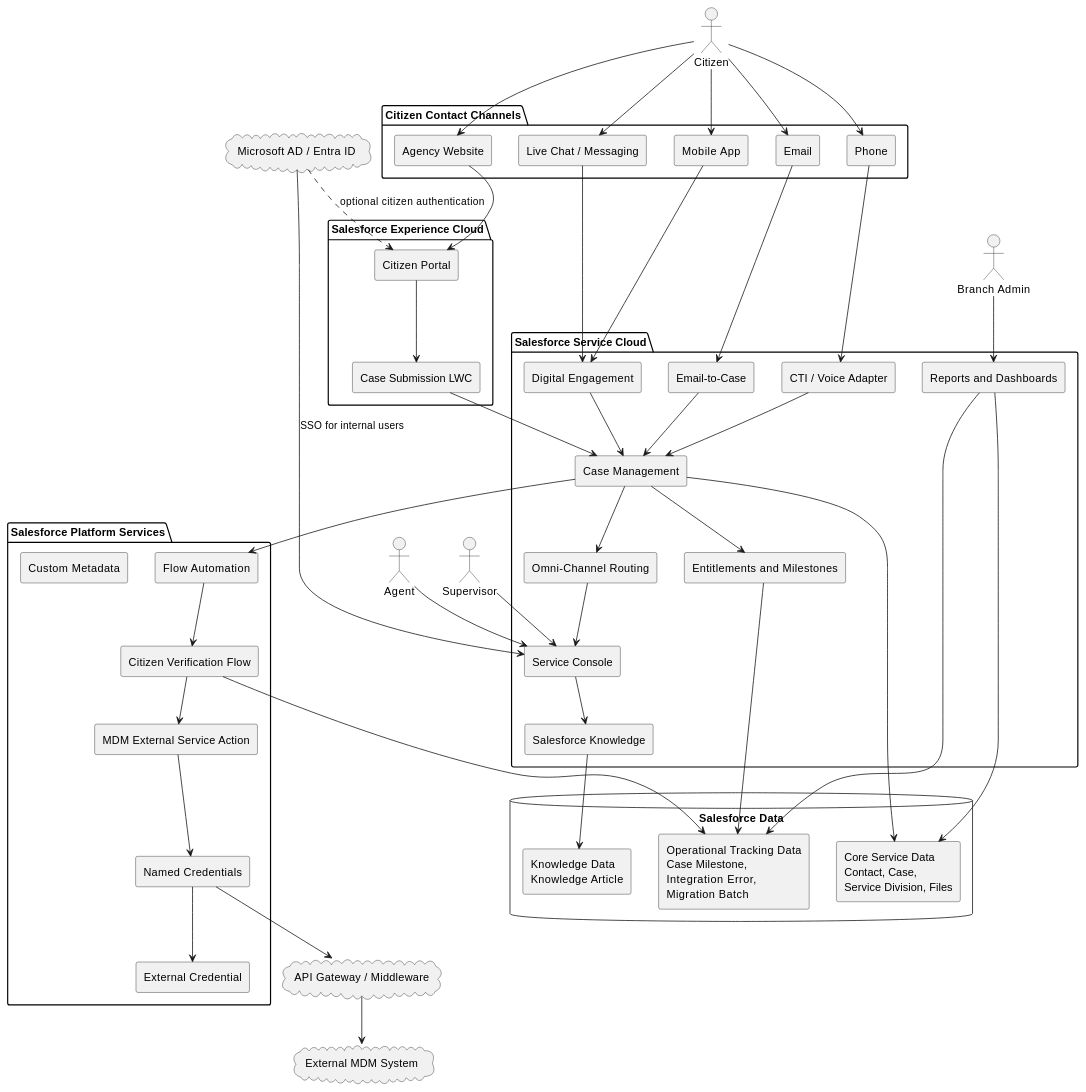
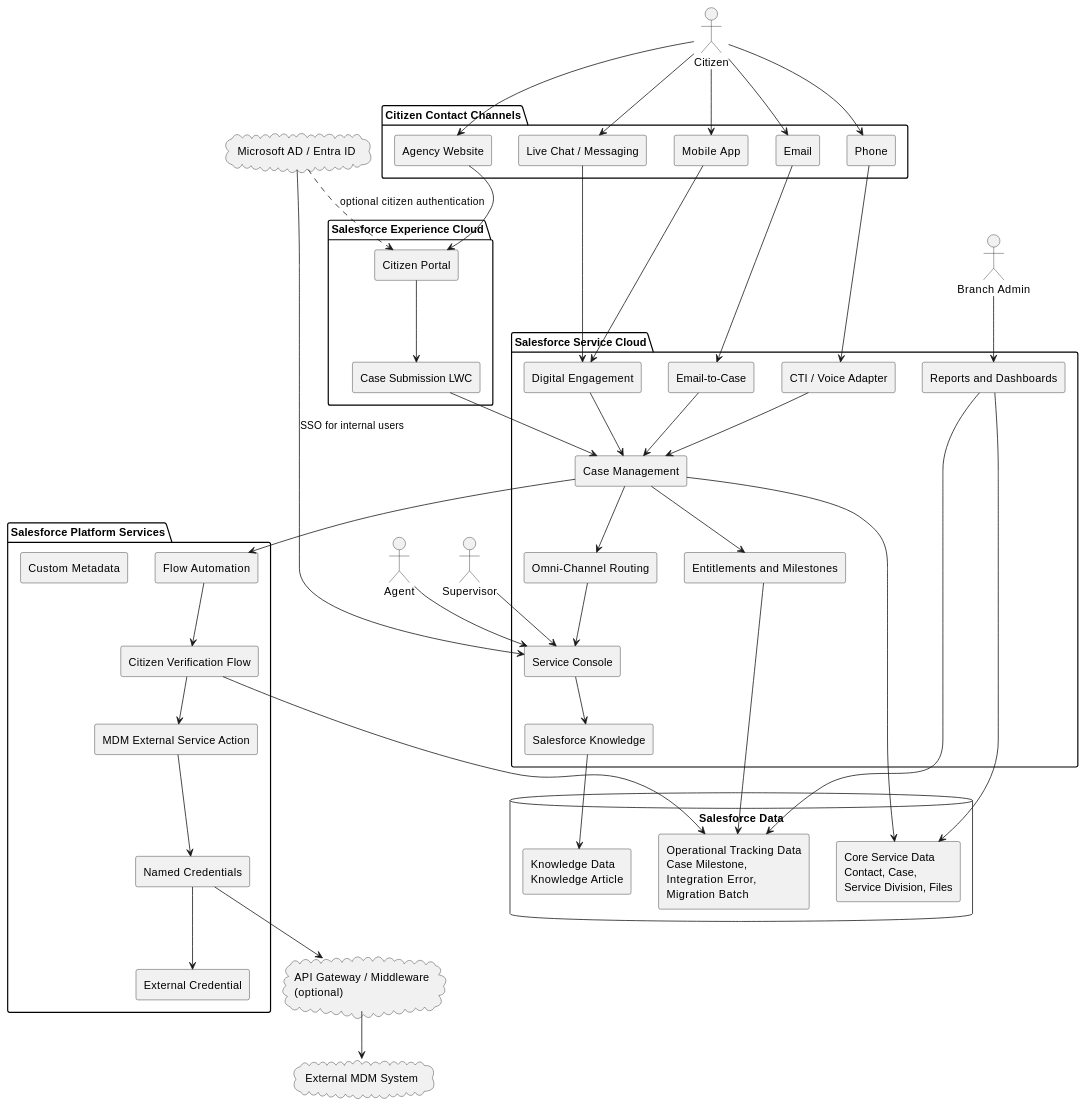
One commit to jimmytobing/virtusa changed the second of 26 diagrams in doc/SADD Task 2.md. Above: the diagram before and after it, drawn with PlantUML. The commit also changed other lines of this file and 9 other files, not shown here.

```diff
--- a/doc/SADD Task 2.md
+++ b/doc/SADD Task 2.md
@@ -174,7 +197,7 @@
 
 cloud "Microsoft AD / Entra ID" as AAD
 cloud "External MDM System" as MDM
-cloud "API Gateway / Middleware" as Gateway
+cloud "API Gateway / Middleware\n(optional)" as Gateway
 
 package "Citizen Contact Channels" {
   [Agency Website]
```
